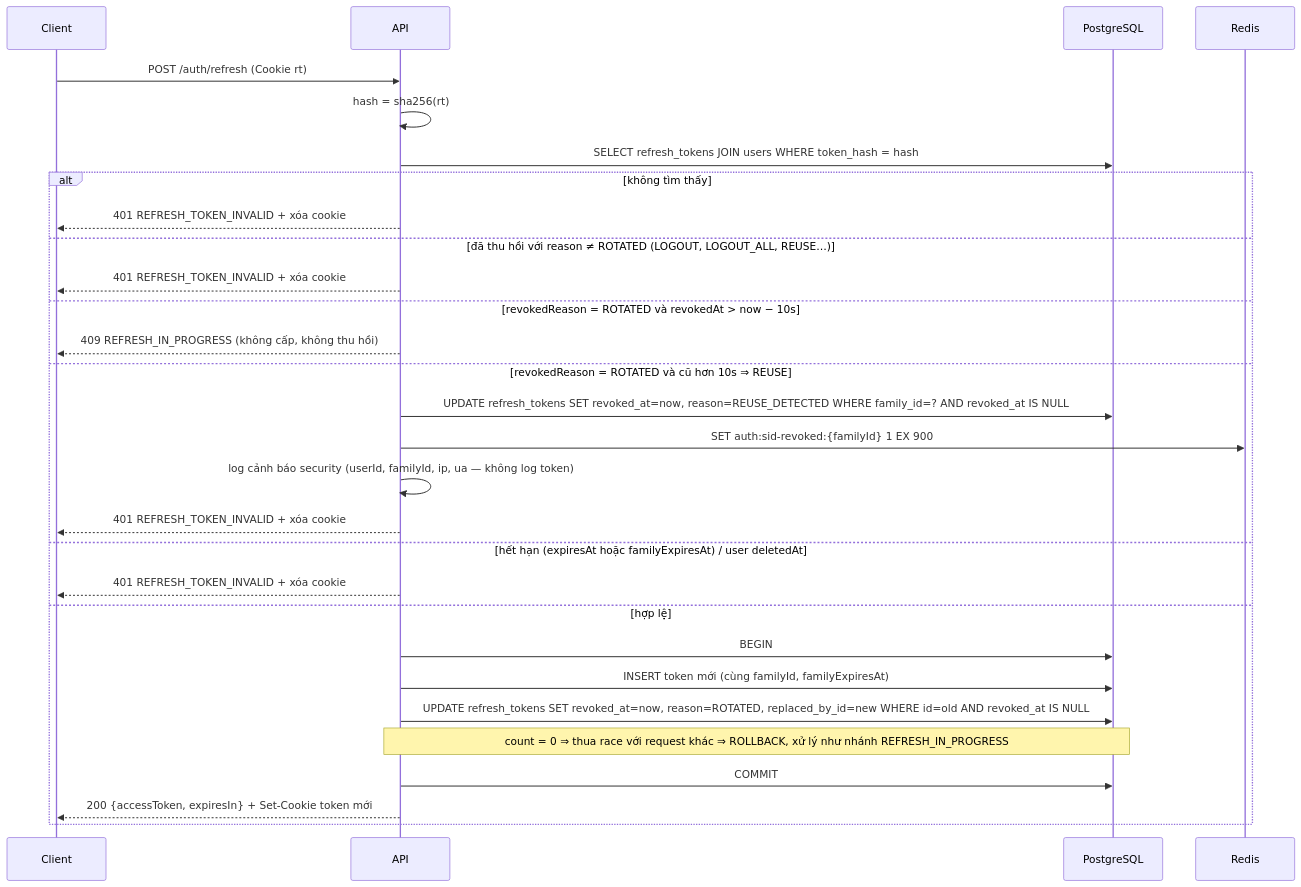
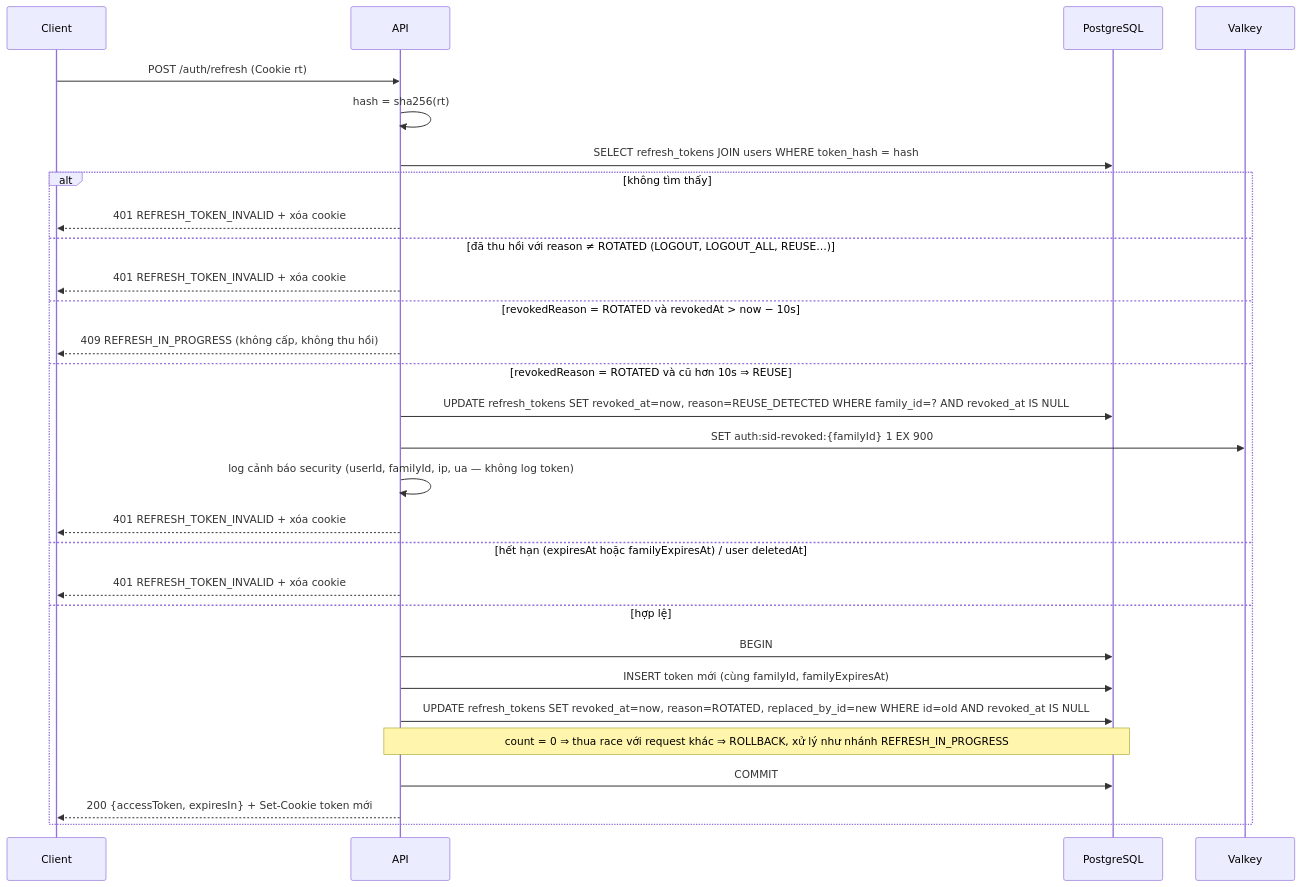
One commit to Nguyentuananh2112/taskflow-enterprise changed the second of 2 diagrams in docs/design/security.md. Above: the diagram before and after it, drawn with Mermaid. The commit also changed other lines of this file and 7 other files, not shown here.

````diff
--- a/docs/design/security.md
+++ b/docs/design/security.md
@@ -71,31 +72,31 @@
 ```mermaid
 sequenceDiagram
   participant C as Client
   participant A as API
   participant DB as PostgreSQL
-  participant R as Redis
+  participant R as Valkey
   C->>A: POST /auth/refresh (Cookie rt)
   A->>A: hash = sha256(rt)
   A->>DB: SELECT refresh_tokens JOIN users WHERE token_hash = hash
   alt không tìm thấy
     A-->>C: 401 REFRESH_TOKEN_INVALID + xóa cookie
   else đã thu hồi với reason ≠ ROTATED (LOGOUT, LOGOUT_ALL, REUSE…)
     A-->>C: 401 REFRESH_TOKEN_INVALID + xóa cookie
   else revokedReason = ROTATED và revokedAt > now − 10s
     A-->>C: 409 REFRESH_IN_PROGRESS (không cấp, không thu hồi)
   else revokedReason = ROTATED và cũ hơn 10s  ⇒ REUSE
     A->>DB: UPDATE refresh_tokens SET revoked_at=now, reason=REUSE_DETECTED WHERE family_id=? AND revoked_at IS NULL
     A->>R: SET auth:sid-revoked:{familyId} 1 EX 900
     A->>A: log cảnh báo security (userId, familyId, ip, ua — không log token)
     A-->>C: 401 REFRESH_TOKEN_INVALID + xóa cookie
   else hết hạn (expiresAt hoặc familyExpiresAt) / user deletedAt
     A-->>C: 401 REFRESH_TOKEN_INVALID + xóa cookie
   else hợp lệ
     A->>DB: BEGIN
     A->>DB: INSERT token mới (cùng familyId, familyExpiresAt)
     A->>DB: UPDATE refresh_tokens SET revoked_at=now, reason=ROTATED, replaced_by_id=new WHERE id=old AND revoked_at IS NULL
     Note over A,DB: count = 0 ⇒ thua race với request khác ⇒ ROLLBACK, xử lý như nhánh REFRESH_IN_PROGRESS
     A->>DB: COMMIT
     A-->>C: 200 {accessToken, expiresIn} + Set-Cookie token mới
   end
 ```
````
